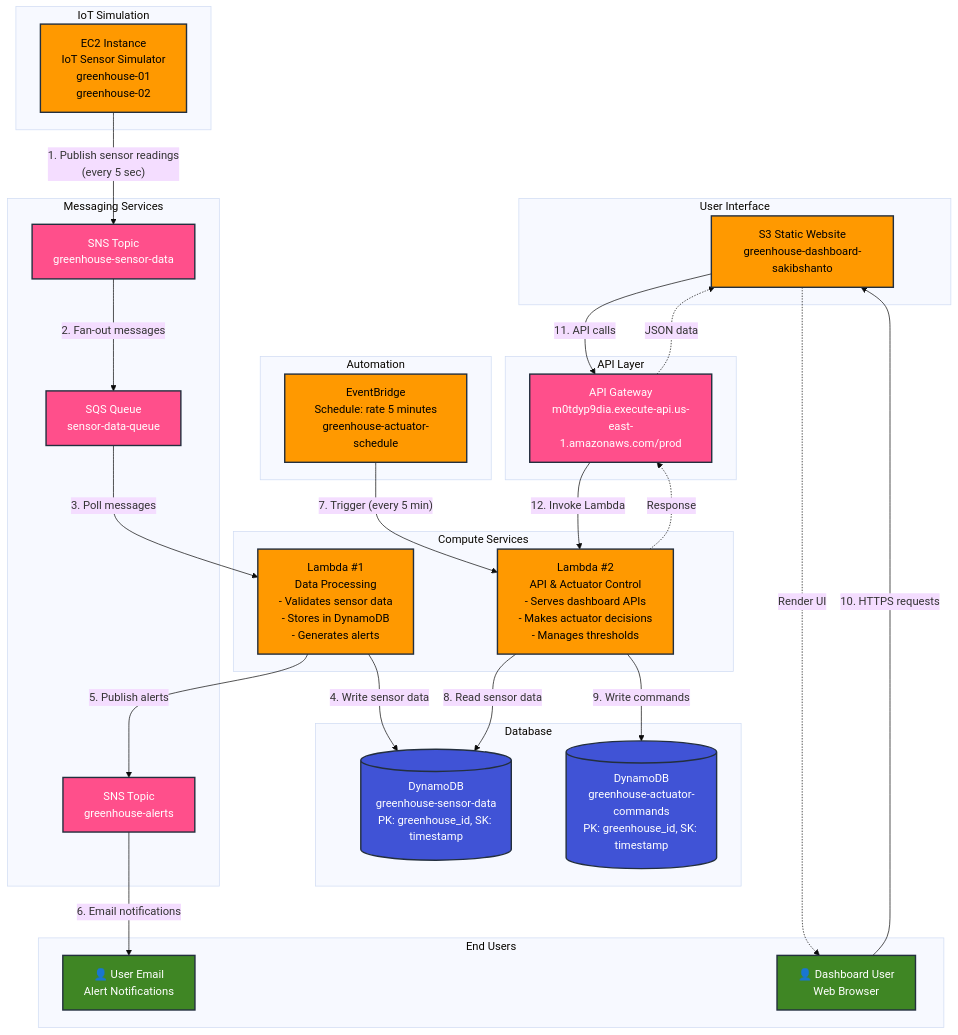
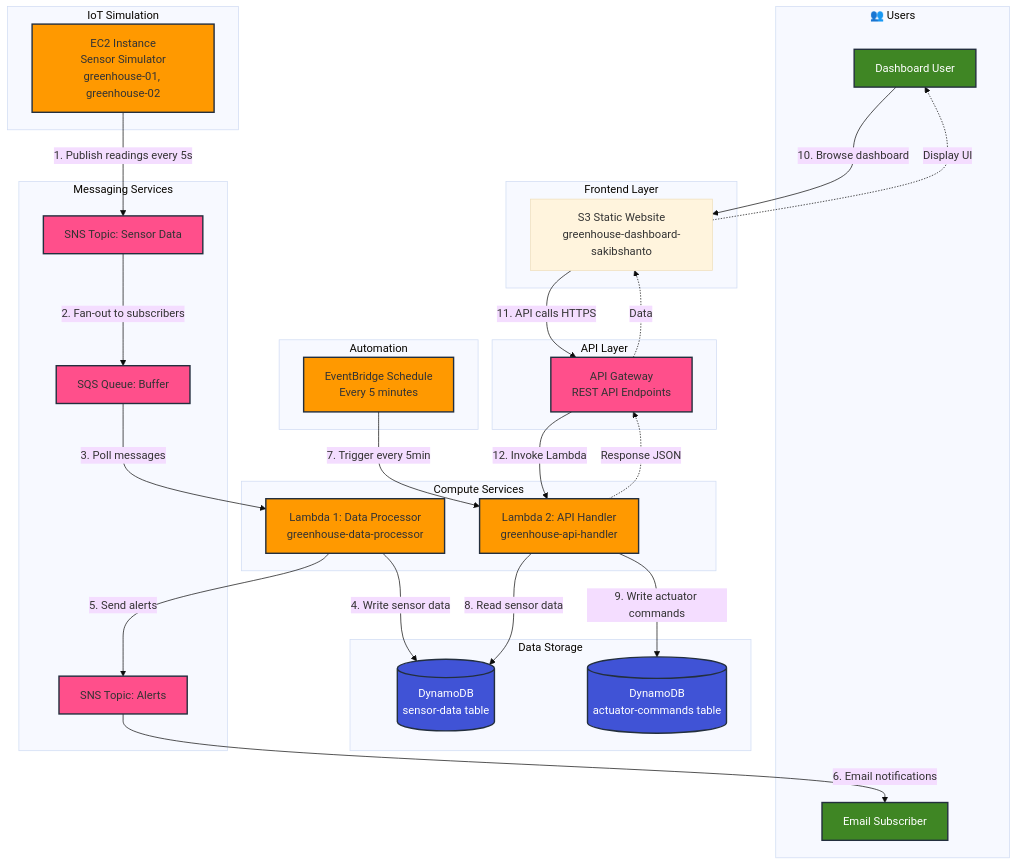
One commit to sakibahmedshanto/aws-greenhouse changed the diagram in ARCHITECTURE_MERMAID.md. Above: the diagram before and after it, drawn with Mermaid (base theme). The commit also changed 3 other files, not shown here.

First line of the commit message:
fix: Simplify Mermaid diagram for GitHub compatibility

````diff
--- a/ARCHITECTURE_MERMAID.md
+++ b/ARCHITECTURE_MERMAID.md
@@ -5,78 +5,69 @@
 ```mermaid
-graph TB
-    subgraph "User Interface"
+flowchart TD
+    subgraph users["👥 Users"]
+        M[Dashboard User]
+        L[Email Subscriber]
+    end
+    
+    subgraph frontend["Frontend Layer"]
         A[S3 Static Website<br/>greenhouse-dashboard-sakibshanto]
-        style A fill:#FF9900,stroke:#232F3E,stroke-width:2px,color:#000
     end
-
-    subgraph "API Layer"
-        B[API Gateway<br/>m0tdyp9dia.execute-api.us-east-1.amazonaws.com/prod]
-        style B fill:#FF4F8B,stroke:#232F3E,stroke-width:2px,color:#fff
+    
+    subgraph api["API Layer"]
+        B[API Gateway<br/>REST API Endpoints]
     end
-
-    subgraph "Compute Services"
-        C[Lambda #2<br/>API & Actuator Control<br/>- Serves dashboard APIs<br/>- Makes actuator decisions<br/>- Manages thresholds]
-        D[Lambda #1<br/>Data Processing<br/>- Validates sensor data<br/>- Stores in DynamoDB<br/>- Generates alerts]
-        style C fill:#FF9900,stroke:#232F3E,stroke-width:2px,color:#000
-        style D fill:#FF9900,stroke:#232F3E,stroke-width:2px,color:#000
+    
+    subgraph compute["Compute Services"]
+        C[Lambda 2: API Handler<br/>greenhouse-api-handler]
+        D[Lambda 1: Data Processor<br/>greenhouse-data-processor]
     end
-
-    subgraph "Database"
-        E[(DynamoDB<br/>greenhouse-sensor-data<br/>PK: greenhouse_id, SK: timestamp)]
-        F[(DynamoDB<br/>greenhouse-actuator-commands<br/>PK: greenhouse_id, SK: timestamp)]
-        style E fill:#4053D6,stroke:#232F3E,stroke-width:2px,color:#fff
-        style F fill:#4053D6,stroke:#232F3E,stroke-width:2px,color:#fff
+    
+    subgraph storage["Data Storage"]
+        E[(DynamoDB<br/>sensor-data table)]
+        F[(DynamoDB<br/>actuator-commands table)]
     end
-
-    subgraph "Messaging Services"
-        G[SNS Topic<br/>greenhouse-sensor-data]
-        H[SQS Queue<br/>sensor-data-queue]
-        I[SNS Topic<br/>greenhouse-alerts]
-        style G fill:#FF4F8B,stroke:#232F3E,stroke-width:2px,color:#fff
-        style H fill:#FF4F8B,stroke:#232F3E,stroke-width:2px,color:#fff
-        style I fill:#FF4F8B,stroke:#232F3E,stroke-width:2px,color:#fff
+    
+    subgraph messaging["Messaging Services"]
+        G[SNS Topic: Sensor Data]
+        H[SQS Queue: Buffer]
+        I[SNS Topic: Alerts]
     end
-
-    subgraph "Automation"
-        J[EventBridge<br/>Schedule: rate 5 minutes<br/>greenhouse-actuator-schedule]
-        style J fill:#FF9900,stroke:#232F3E,stroke-width:2px,color:#000
+    
+    subgraph automation["Automation"]
+        J[EventBridge Schedule<br/>Every 5 minutes]
     end
-
-    subgraph "IoT Simulation"
-        K[EC2 Instance<br/>IoT Sensor Simulator<br/>greenhouse-01<br/>greenhouse-02]
-        style K fill:#FF9900,stroke:#232F3E,stroke-width:2px,color:#000
-    end
-
-    subgraph "End Users"
-        L[👤 User Email<br/>Alert Notifications]
-        M[👤 Dashboard User<br/>Web Browser]
-        style L fill:#3F8624,stroke:#232F3E,stroke-width:2px,color:#fff
-        style M fill:#3F8624,stroke:#232F3E,stroke-width:2px,color:#fff
+    
+    subgraph iot["IoT Simulation"]
+        K[EC2 Instance<br/>Sensor Simulator<br/>greenhouse-01, greenhouse-02]
     end
 
     %% Data Flow Connections
-    K -->|"1. Publish sensor readings<br/>(every 5 sec)"| G
-    G -->|"2. Fan-out messages"| H
-    H -->|"3. Poll messages"| D
-    D -->|"4. Write sensor data"| E
-    D -->|"5. Publish alerts"| I
-    I -->|"6. Email notifications"| L
-
-    J -->|"7. Trigger (every 5 min)"| C
-    C -->|"8. Read sensor data"| E
-    C -->|"9. Write commands"| F
-
-    M -->|"10. HTTPS requests"| A
-    A -->|"11. API calls"| B
-    B -->|"12. Invoke Lambda"| C
-
-    C -.->|"Response"| B
-    B -.->|"JSON data"| A
-    A -.->|"Render UI"| M
-
-    %% Styling
-    classDef aws fill:#FF9900,stroke:#232F3E,stroke-width:2px,color:#000
-    classDef database fill:#4053D6,stroke:#232F3E,stroke-width:2px,color:#fff
-    classDef messaging fill:#FF4F8B,stroke:#232F3E,stroke-width:2px,color:#fff
+    K -->|1. Publish readings every 5s| G
+    G -->|2. Fan-out to subscribers| H
+    H -->|3. Poll messages| D
+    D -->|4. Write sensor data| E
+    D -->|5. Send alerts| I
+    I -->|6. Email notifications| L
+    
+    J -->|7. Trigger every 5min| C
+    C -->|8. Read sensor data| E
+    C -->|9. Write actuator commands| F
+    
+    M -->|10. Browse dashboard| A
+    A -->|11. API calls HTTPS| B
+    B -->|12. Invoke Lambda| C
+    C -.->|Response JSON| B
+    B -.->|Data| A
+    A -.->|Display UI| M
+    
+    %% Styling Classes
+    classDef compute fill:#FF9900,stroke:#232F3E,stroke-width:2px
+    classDef storage fill:#4053D6,stroke:#232F3E,stroke-width:2px,color:#fff
+    classDef messaging fill:#FF4F8B,stroke:#232F3E,stroke-width:2px
     classDef user fill:#3F8624,stroke:#232F3E,stroke-width:2px,color:#fff
+    
+    class C,D,K,J compute
+    class E,F storage
+    class G,H,I,B messaging
+    class M,L user
 ```
````
